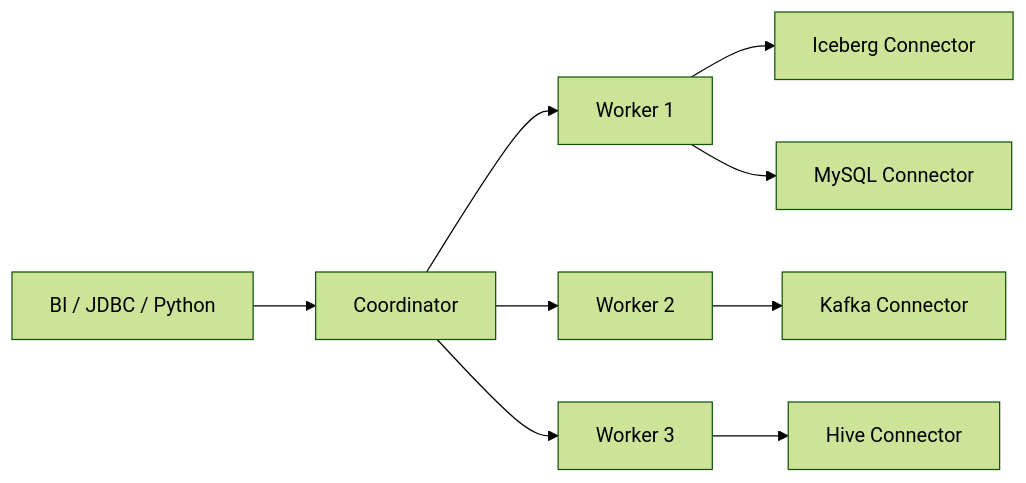
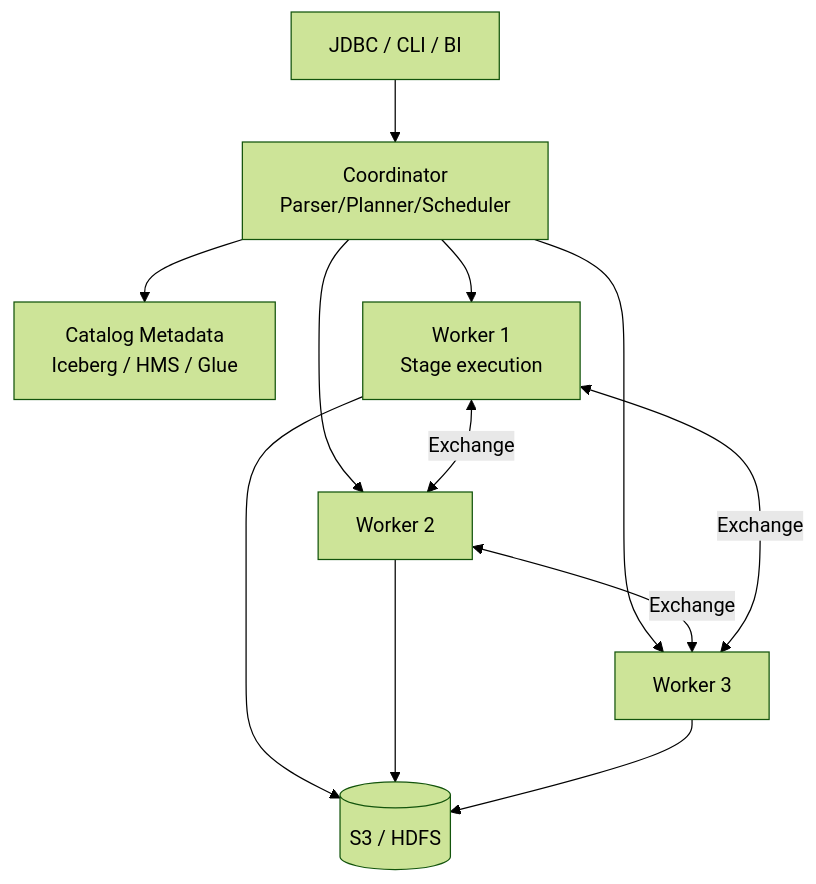
Before and after one commit to wangyong9999/lakehouse-wiki: the diagram in docs/query-engines/trino.md, drawn with Mermaid (forest theme). The commit also changed other lines of this file and 2 other files, not shown here.

````diff
--- a/docs/query-engines/trino.md
+++ b/docs/query-engines/trino.md
@@ -28,11 +50,17 @@
 ```mermaid
-flowchart LR
-  client[BI / JDBC / Python] --> coord[Coordinator]
-  coord --> w1[Worker 1]
+flowchart TB
+  client[JDBC / CLI / BI]
+  client --> coord[Coordinator<br/>Parser/Planner/Scheduler]
+  coord --> meta[Catalog Metadata<br/>Iceberg / HMS / Glue]
+  coord --> w1[Worker 1<br/>Stage execution]
   coord --> w2[Worker 2]
   coord --> w3[Worker 3]
-  w1 --> iceberg[Iceberg Connector]
-  w1 --> mysql[MySQL Connector]
-  w2 --> kafka[Kafka Connector]
-  w3 --> hive[Hive Connector]
+
+  w1 <-->|Exchange| w2
+  w2 <-->|Exchange| w3
+  w1 <-->|Exchange| w3
+
+  w1 --> s3[(S3 / HDFS)]
+  w2 --> s3
+  w3 --> s3
 ```
````
